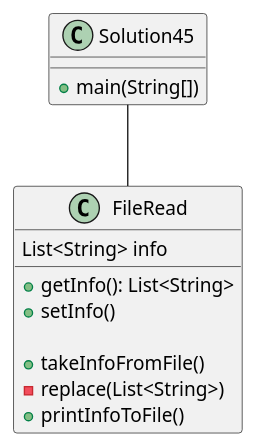
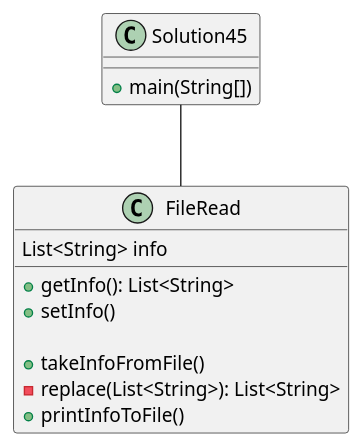
Before and after one commit to RicardoB1437/barrios-a04: the diagram in excersice45/docs/PlantUML.puml, drawn with PlantUML. The commit also changed 4 other files, not shown here.

```diff
--- a/excersice45/docs/PlantUML.puml
+++ b/excersice45/docs/PlantUML.puml
@@ -1,28 +1,28 @@
 @startuml
 
 class Solution45
 {
     +main(String[])
     'calls takeInfoFromFile
     'cals printInfoToFile
 }
 
 class FileRead
 {
     List<String> info
 
     +getInfo(): List<String>
     +setInfo()
 
     +takeInfoFromFile()
     'reads in info from file
-    -replace(List<String>)
+    -replace(List<String>): List<String>
     'replaces all instances of "utilize" with "use"
     +printInfoToFile()
     'calls replace
     'prints contents of list created by replace to file
 }
 
 Solution45 -- FileRead
 
 @enduml
```
